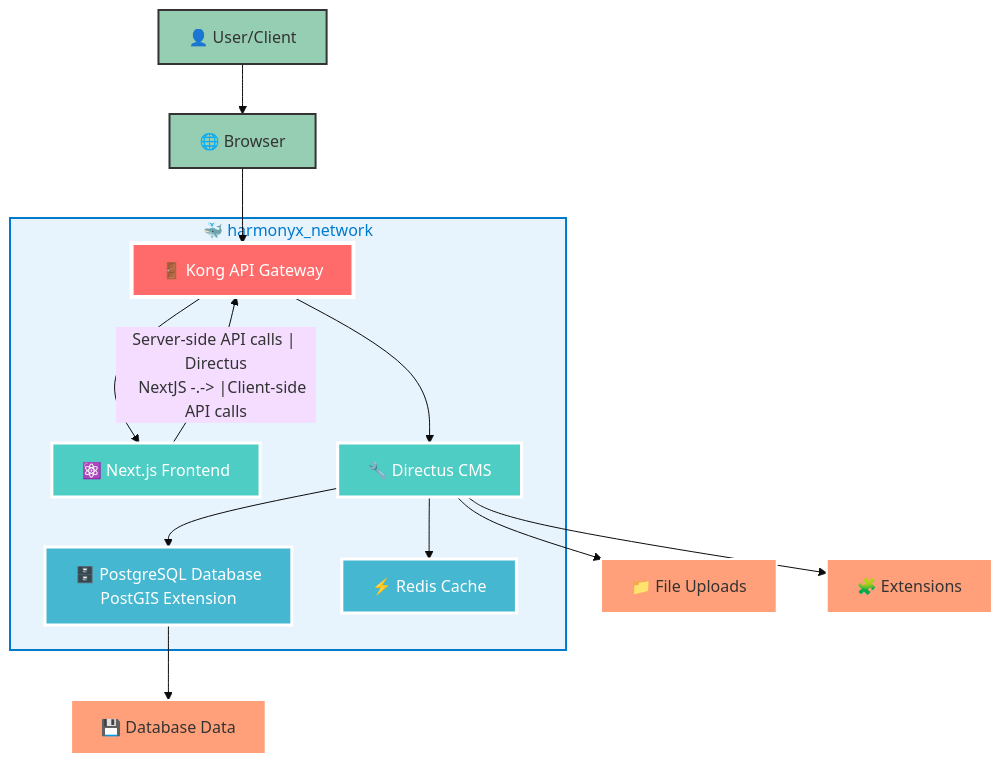
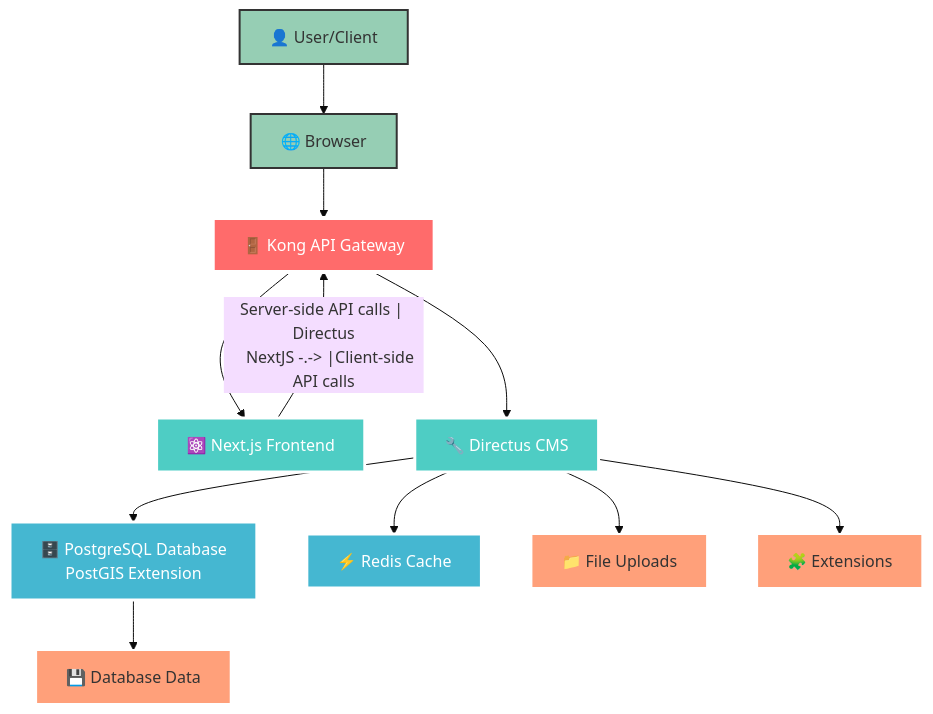
The diagram in README.md (kanata-b/harmonyx-cms-v6), drawn with Mermaid (base theme) before and after one commit.

Commit message:
fix: remove Docker network subgraph from architecture diagram for clarity

````diff
--- a/README.md
+++ b/README.md
@@ -7,65 +7,54 @@
 ```mermaid
 graph TB
     %% External Layer
     User[👤 User/Client]
     Browser[🌐 Browser]
     
     %% Kong API Gateway Layer
     Kong[🚪 Kong API Gateway]
     
     %% Application Layer  
     NextJS[⚛️ Next.js Frontend]
     Directus[🔧 Directus CMS]
     
     %% Data Layer
     PostgreSQL[🗄️ PostgreSQL Database<br/>PostGIS Extension]
     Redis[⚡ Redis Cache]
     
     %% Storage
     Uploads[📁 File Uploads]
     Extensions[🧩 Extensions]
     DBData[💾 Database Data]
-    
-    %% Docker Network
-    subgraph DockerNetwork[🐳 harmonyx_network]
-        Kong
-        NextJS
-        Directus
-        PostgreSQL
-        Redis
-    end
     
     %% External connections
     User --> Browser
     Browser --> Kong
     
     %% Kong routing
     Kong -->  NextJS
     Kong -->  Directus
     
     %% Internal service communication
     NextJS --> |"Server-side API calls | Directus
     NextJS -.-> |"Client-side API calls | Kong
     
     %% Data persistence
     Directus --> PostgreSQL
     Directus --> Redis
     Directus --> Uploads
     Directus --> Extensions
     PostgreSQL --> DBData
     
     %% Styling
     classDef gateway fill:#FF6B6B,stroke:#fff,stroke-width:4px,color:#fff
     classDef app fill:#4ECDC4,stroke:#fff,stroke-width:3px,color:#fff
     classDef data fill:#45B7D1,stroke:#fff,stroke-width:3px,color:#fff
     classDef storage fill:#FFA07A,stroke:#fff,stroke-width:2px,color:#333
     classDef external fill:#96CEB4,stroke:#333,stroke-width:2px,color:#333
-    classDef network fill:#E8F4FD,stroke:#007ACC,stroke-width:2px,color:#007ACC
     
     class Kong gateway
     class NextJS,Directus app
     class PostgreSQL,Redis data
     class Uploads,Extensions,DBData storage
     class User,Browser external
-    class DockerNetwork network
 ```
````
